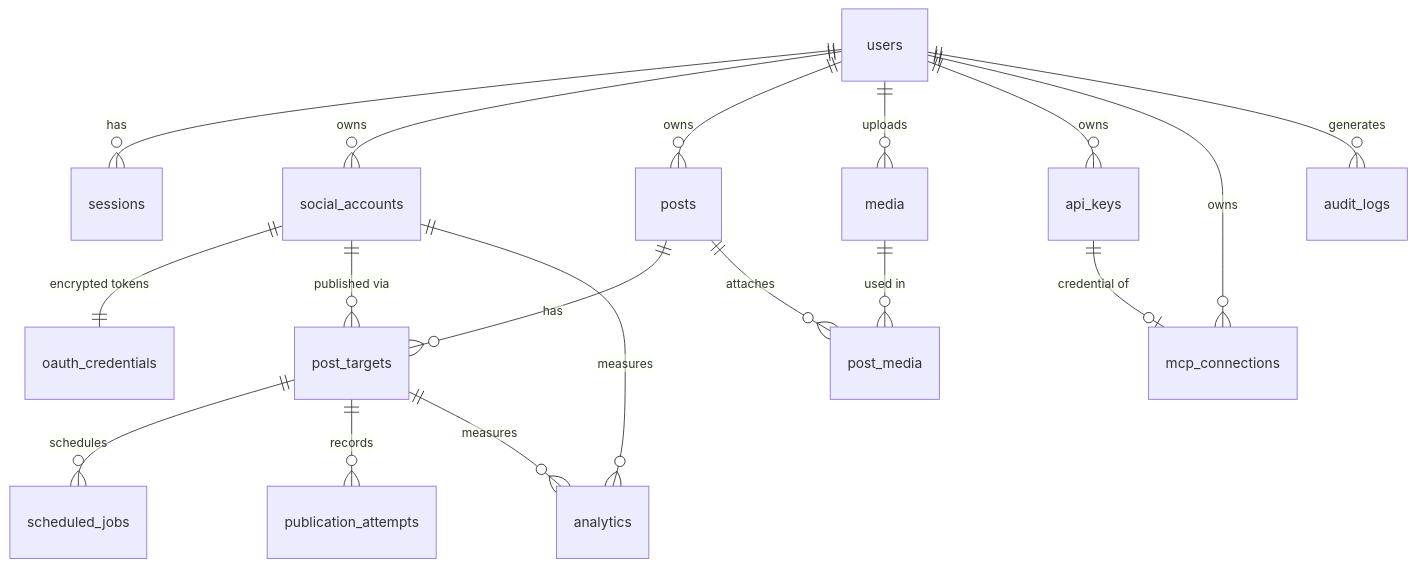
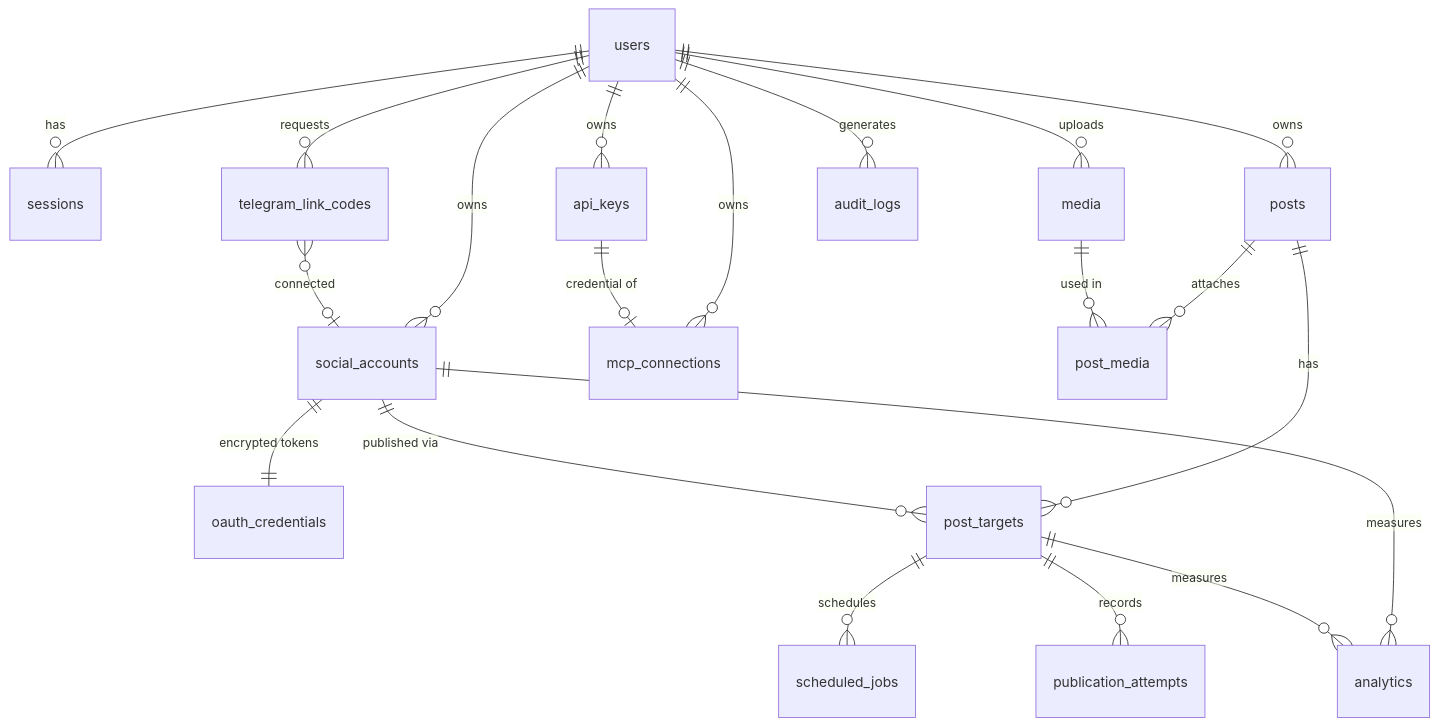
Before and after one commit to XXX1694/SMSI: the diagram in docs/ARCHITECTURE.md, drawn with Mermaid. The commit also changed other lines of this file and 52 other files, not shown here.

First line of the commit message:
fix(telegram): require channel ownership proof via one-time link code

````diff
--- a/docs/ARCHITECTURE.md
+++ b/docs/ARCHITECTURE.md
@@ -73,20 +73,22 @@
 ```mermaid
 erDiagram
   users ||--o{ sessions : has
   users ||--o{ social_accounts : owns
   users ||--o{ posts : owns
   users ||--o{ media : uploads
   users ||--o{ api_keys : owns
   users ||--o{ mcp_connections : owns
+  users ||--o{ telegram_link_codes : requests
+  telegram_link_codes }o--o| social_accounts : "connected"
   users ||--o{ audit_logs : generates
   social_accounts ||--|| oauth_credentials : "encrypted tokens"
   posts ||--o{ post_targets : has
   social_accounts ||--o{ post_targets : "published via"
   posts ||--o{ post_media : attaches
   media ||--o{ post_media : "used in"
   post_targets ||--o{ scheduled_jobs : schedules
   post_targets ||--o{ publication_attempts : records
   api_keys ||--o| mcp_connections : "credential of"
   social_accounts ||--o{ analytics : measures
   post_targets ||--o{ analytics : measures
 ```
````
